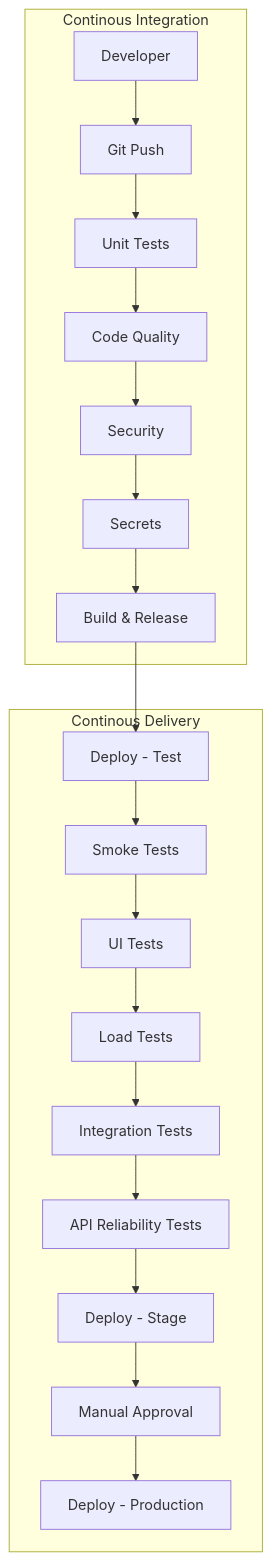
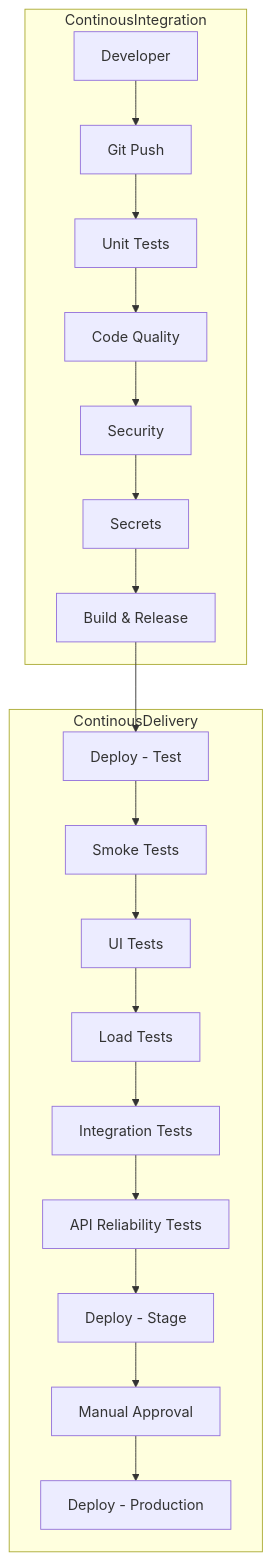
One commit to rajasoun/gitops-experiments changed the first of 2 diagrams in docs/CI-CD.md. Above: the diagram before and after it, drawn with Mermaid. The commit also changed other lines of this file, not shown here.

````diff
--- a/docs/CI-CD.md
+++ b/docs/CI-CD.md
@@ -28,22 +28,22 @@
 ```mermaid
 graph TB
-    subgraph Continous Integration    
+    subgraph ContinousIntegration    
         A[Developer] --> B[Git Push]
         B --> C[Unit Tests]
         C --> D[Code Quality]
         D --> E[Security]
         E --> F[Secrets]
         F --> G[Build & Release]
     end
-    subgraph Continous Delivery
+    subgraph ContinousDelivery
         G[Build & Release] --> H[Deploy - Test]
         H --> I[Smoke Tests]
         I --> J[UI Tests]
         J --> K[Load Tests]
         K --> L[Integration Tests]
         L --> M[API Reliability Tests]
         M --> N[Deploy - Stage]
         N --> O[Manual Approval]
         O --> P[Deploy - Production]
     end
 ```
````
